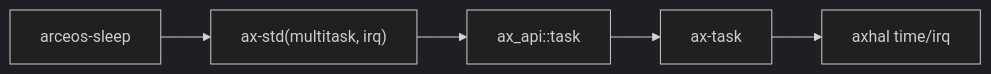
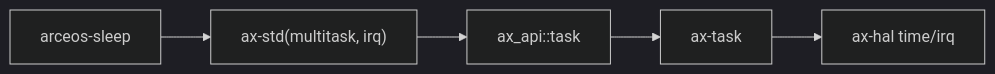
Before and after one commit to zKurisu/tgoskits: the second of 2 diagrams in docs/crates/arceos-sleep.md, drawn with Mermaid (dark theme). The commit also changed other lines of this file and 158 other files, not shown here.

Commit message:
rename axhal to ax-hal

````diff
--- a/docs/crates/arceos-sleep.md
+++ b/docs/crates/arceos-sleep.md
@@ -76,7 +76,7 @@
 ```mermaid
 graph LR
     test["arceos-sleep"] --> ax-std["ax-std(multitask, irq)"]
     ax-std --> ax-api["ax_api::task"]
     ax-api --> ax-task["ax-task"]
-    ax-task --> axhal["axhal time/irq"]
+    ax-task --> ax-hal["ax-hal time/irq"]
 ```
````
